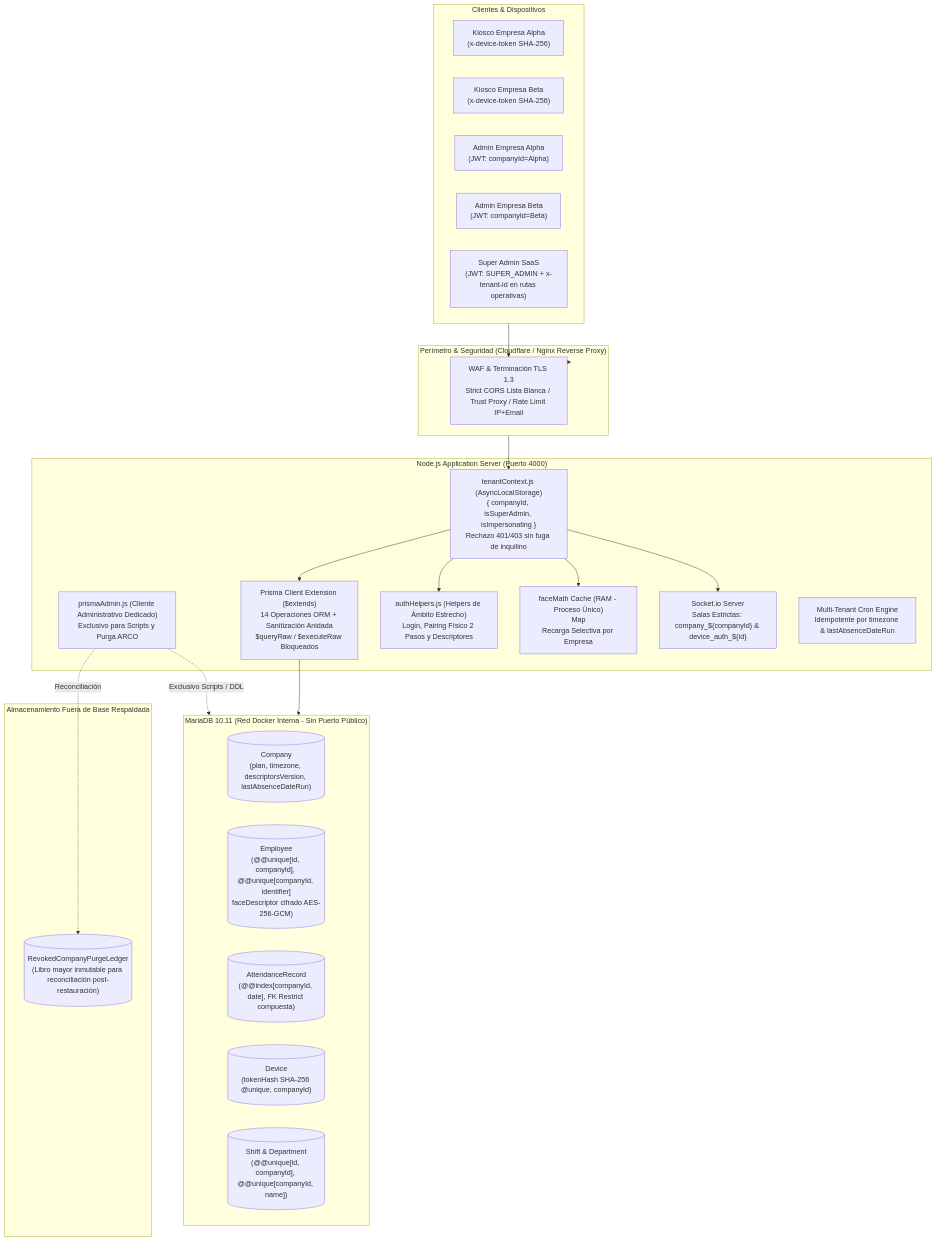
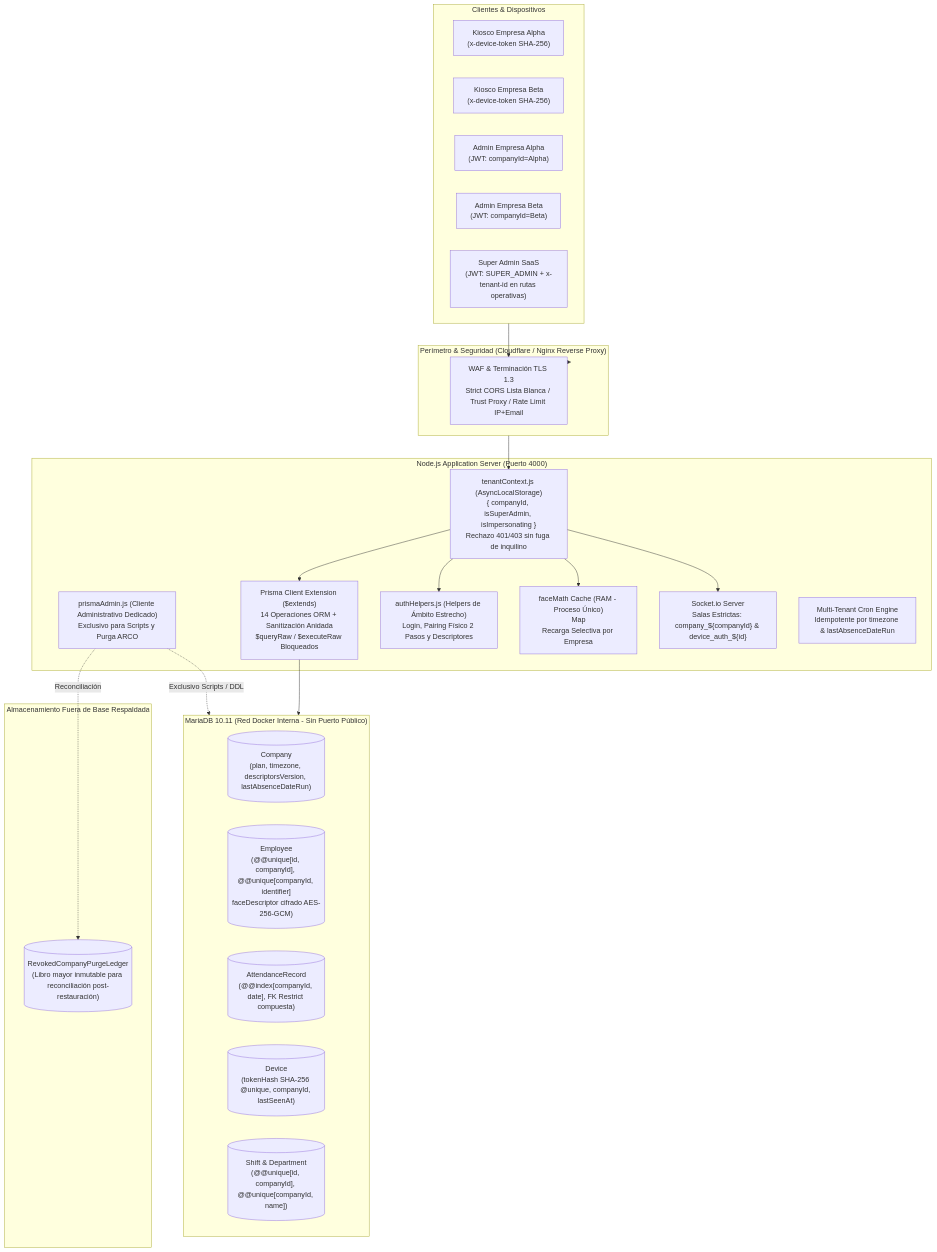
The first of 3 diagrams in docs/saas/saas_multitenant_implementation_plan.md (GabrielAvila5/ReconocimientoFPainProject), drawn with Mermaid before and after one commit. The commit also changed other lines of this file, not shown here.

````diff
--- a/docs/saas/saas_multitenant_implementation_plan.md
+++ b/docs/saas/saas_multitenant_implementation_plan.md
@@ -13,44 +13,44 @@
 ```mermaid
 flowchart TB
     subgraph Edge["Perímetro & Seguridad (Cloudflare / Nginx Reverse Proxy)"]
         WAF["WAF & Terminación TLS 1.3\nStrict CORS Lista Blanca / Trust Proxy / Rate Limit IP+Email"]
     end
 
     subgraph Clientes["Clientes & Dispositivos"]
         K1["Kiosco Empresa Alpha\n(x-device-token SHA-256)"]
         K2["Kiosco Empresa Beta\n(x-device-token SHA-256)"]
         A1["Admin Empresa Alpha\n(JWT: companyId=Alpha)"]
         A2["Admin Empresa Beta\n(JWT: companyId=Beta)"]
         SA["Super Admin SaaS\n(JWT: SUPER_ADMIN + x-tenant-id en rutas operativas)"]
     end
 
     subgraph AppServer["Node.js Application Server (Puerto 4000)"]
         ALS["tenantContext.js (AsyncLocalStorage)\n{ companyId, isSuperAdmin, isImpersonating }\nRechazo 401/403 sin fuga de inquilino"]
         PrismaExt["Prisma Client Extension ($extends)\n14 Operaciones ORM + Sanitización Anidada\n$queryRaw / $executeRaw Bloqueados"]
         PrismaAdmin["prismaAdmin.js (Cliente Administrativo Dedicado)\nExclusivo para Scripts y Purga ARCO"]
         AuthHelpers["authHelpers.js (Helpers de Ámbito Estrecho)\nLogin, Pairing Físico 2 Pasos y Descriptores"]
         FaceRAM["faceMath Cache (RAM - Proceso Único)\nMap<companyId, Float32Array[]>\nRecarga Selectiva por Empresa"]
         WSEngine["Socket.io Server\nSalas Estrictas: company_${companyId} & device_auth_${id}"]
         CronEngine["Multi-Tenant Cron Engine\nIdempotente por timezone & lastAbsenceDateRun"]
     end
 
     subgraph Storage["MariaDB 10.11 (Red Docker Interna - Sin Puerto Público)"]
         T_Company[("Company\n(plan, timezone, descriptorsVersion, lastAbsenceDateRun)")]
         T_Emp[("Employee\n(@@unique[id, companyId], @@unique[companyId, identifier]\nfaceDescriptor cifrado AES-256-GCM)")]
         T_Att[("AttendanceRecord\n(@@index[companyId, date], FK Restrict compuesta)")]
-        T_Dev[("Device\n(tokenHash SHA-256 @unique, companyId)")]
+        T_Dev[("Device\n(tokenHash SHA-256 @unique, companyId, lastSeenAt)")]
         T_Shifts[("Shift & Department\n(@@unique[id, companyId], @@unique[companyId, name])")]
     end
 
     subgraph ExternalLedger["Almacenamiento Fuera de Base Respaldada"]
         LedgerFile[("RevokedCompanyPurgeLedger\n(Libro mayor inmutable para reconciliación post-restauración)")]
     end
 
     Clientes --> WAF --> Edge --> ALS
     ALS --> PrismaExt --> Storage
     ALS --> AuthHelpers
     PrismaAdmin -.->|Exclusivo Scripts / DDL| Storage
     PrismaAdmin -.->|Reconciliación| LedgerFile
     ALS --> FaceRAM
     ALS --> WSEngine
 ```
````
